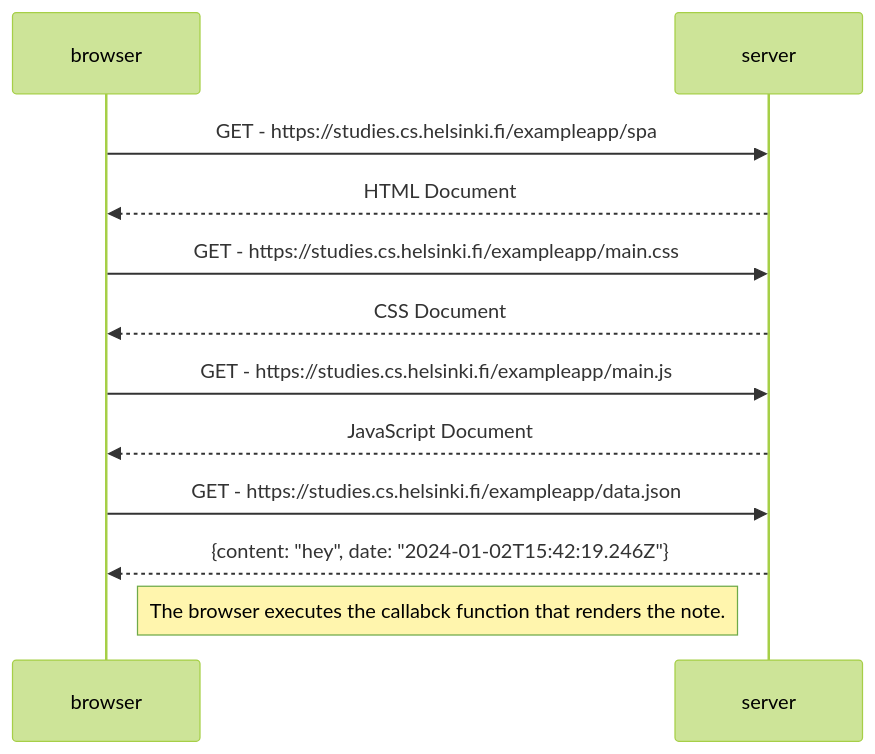
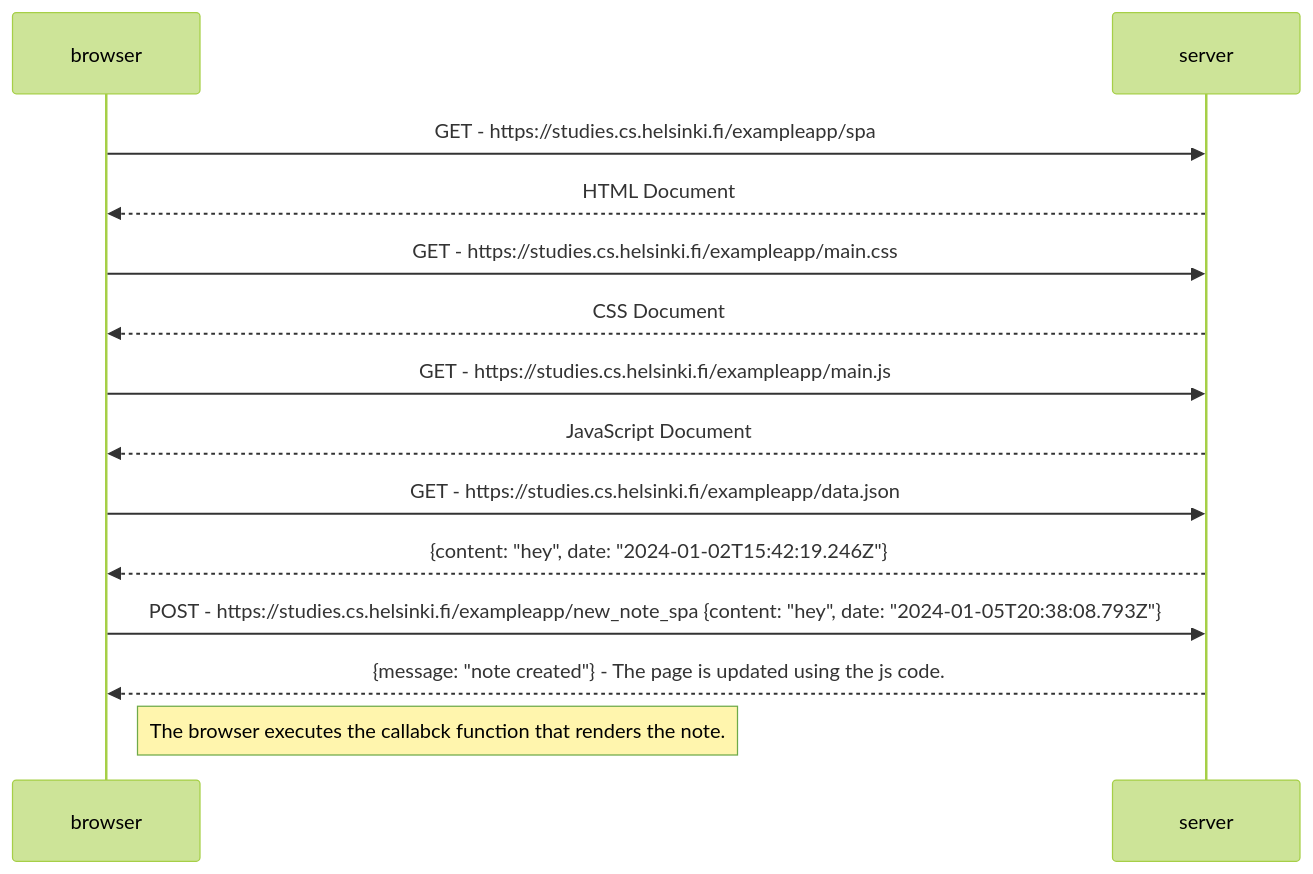
The diagram in part_0/0.5.mmd (prerak15/full_stack_open), drawn with Mermaid (forest theme) before and after one commit.

```diff
--- a/part_0/0.5.mmd
+++ b/part_0/0.5.mmd
@@ -1,17 +1,20 @@
 sequenceDiagram
     participant browser
     participant server
 
     browser->>server: GET - https://studies.cs.helsinki.fi/exampleapp/spa
     server-->>browser: HTML Document
 
     browser->>server: GET - https://studies.cs.helsinki.fi/exampleapp/main.css
     server-->>browser: CSS Document
 
     browser->>server: GET - https://studies.cs.helsinki.fi/exampleapp/main.js
     server-->>browser: JavaScript Document
 
     browser->>server: GET - https://studies.cs.helsinki.fi/exampleapp/data.json
     server-->>browser: {content: "hey", date: "2024-01-02T15:42:19.246Z"}
     
+    browser->>server: POST - https://studies.cs.helsinki.fi/exampleapp/new_note_spa {content: "hey", date: "2024-01-05T20:38:08.793Z"}
+    server-->>browser: {message: "note created"} - The page is updated using the js code.
+
     Note right of browser:  The browser executes the callabck function that renders the note.
```
